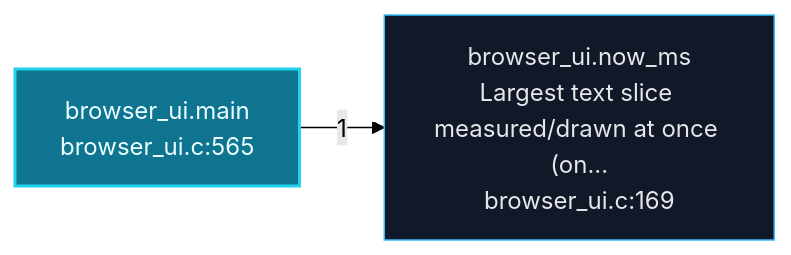
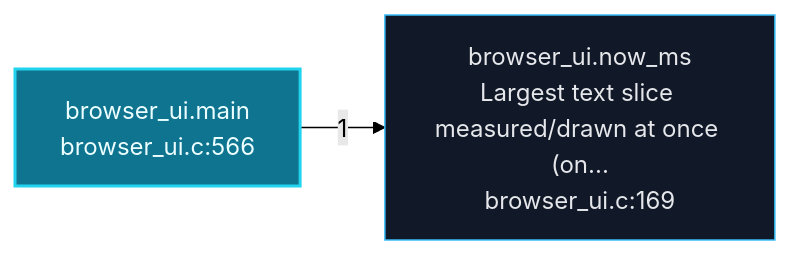
One commit to grisuno/FreeDom changed the second of 6 diagrams in readmenator-apidocs/architecture.md. Above: the diagram before and after it, drawn with Mermaid (forest theme). The commit also changed other lines of this file and 234 other files, not shown here.

````diff
--- a/readmenator-apidocs/architecture.md
+++ b/readmenator-apidocs/architecture.md
@@ -102,8 +102,8 @@
 ```mermaid
 flowchart LR
     classDef default fill:#111827,stroke:#38bdf8,color:#e5e7eb;
     classDef entry fill:#0e7490,stroke:#22d3ee,color:#ecfeff,stroke-width:2px;
-    n_gui_browser_ui_c__main["browser_ui.main<br/>browser_ui.c:565"]:::entry
+    n_gui_browser_ui_c__main["browser_ui.main<br/>browser_ui.c:566"]:::entry
     n_gui_browser_ui_c__now_ms["browser_ui.now_ms<br/>Largest text slice measured/drawn at once (on...<br/>browser_ui.c:169"]:::default
     n_gui_browser_ui_c__main -->|"1"| n_gui_browser_ui_c__now_ms
 ```
````
